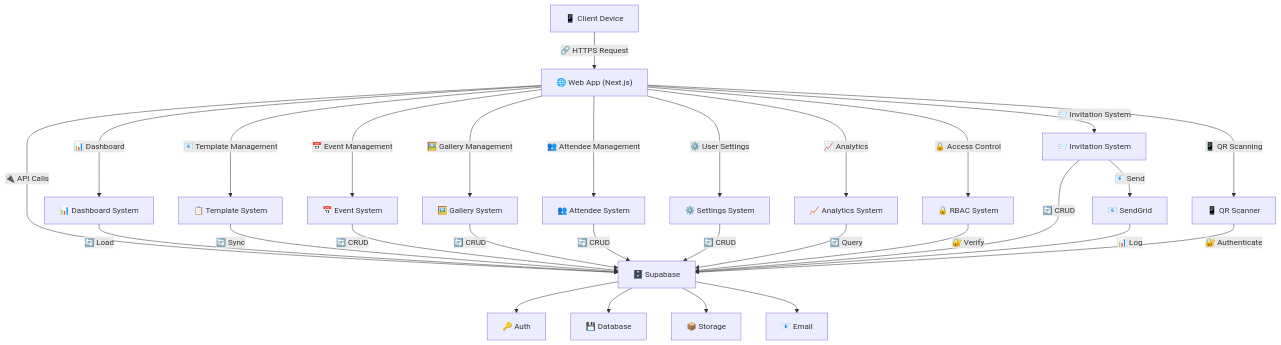
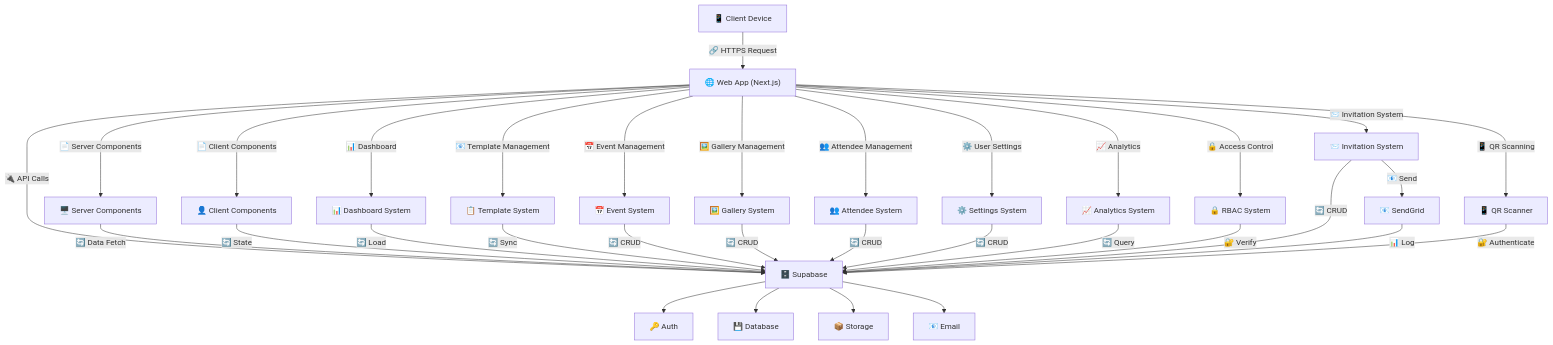
Before and after one commit to mrj0nesmtl/cloud-burst: the second of 4 diagrams in docs/architecture/system_architecture_flowchart.md, drawn with Mermaid. The commit also changed other lines of this file and 56 other files, not shown here.

Commit message:
docs: update all documentation for version 0.8.2 including Next.js App Router architecture fixes

````diff
--- a/docs/architecture/system_architecture_flowchart.md
+++ b/docs/architecture/system_architecture_flowchart.md
@@ -151,31 +167,35 @@
 ```mermaid
 graph TD
     Client["📱 Client Device"] -->|"🔗 HTTPS Request"| WebApp["🌐 Web App (Next.js)"]
+    WebApp -->|"📄 Server Components"| ServerComp["🖥️ Server Components"]
+    WebApp -->|"📄 Client Components"| ClientComp["👤 Client Components"]
     WebApp -->|"🔌 API Calls"| Supabase["🗄️ Supabase"]
     WebApp -->|"📊 Dashboard"| Dashboard["📊 Dashboard System"]
     WebApp -->|"📧 Template Management"| Templates["📋 Template System"]
     WebApp -->|"📅 Event Management"| Events["📅 Event System"]
     WebApp -->|"🖼️ Gallery Management"| Gallery["🖼️ Gallery System"]
     WebApp -->|"👥 Attendee Management"| Attendees["👥 Attendee System"]
     WebApp -->|"⚙️ User Settings"| Settings["⚙️ Settings System"]
     WebApp -->|"📈 Analytics"| Analytics["📈 Analytics System"]
     WebApp -->|"🔒 Access Control"| RBAC["🔒 RBAC System"]
     WebApp -->|"📨 Invitation System"| Invitations["📨 Invitation System"]
     WebApp -->|"📱 QR Scanning"| QRScanner["📱 QR Scanner"]
+    ServerComp -->|"🔄 Data Fetch"| Supabase
+    ClientComp -->|"🔄 State"| Supabase
     Dashboard -->|"🔄 Load"| Supabase
     Templates -->|"🔄 Sync"| Supabase
     Events -->|"🔄 CRUD"| Supabase
     Gallery -->|"🔄 CRUD"| Supabase
     Attendees -->|"🔄 CRUD"| Supabase
     Settings -->|"🔄 CRUD"| Supabase
     Analytics -->|"🔄 Query"| Supabase
     RBAC -->|"🔐 Verify"| Supabase
     Invitations -->|"🔄 CRUD"| Supabase
     Invitations -->|"📧 Send"| SendGrid["📧 SendGrid"]
     SendGrid -->|"📊 Log"| Supabase
     QRScanner -->|"🔐 Authenticate"| Supabase
     Supabase --> Auth["🔑 Auth"]
     Supabase --> Database["💾 Database"]
     Supabase --> Storage["📦 Storage"]
     Supabase --> Email["📧 Email"]
 ```
````
